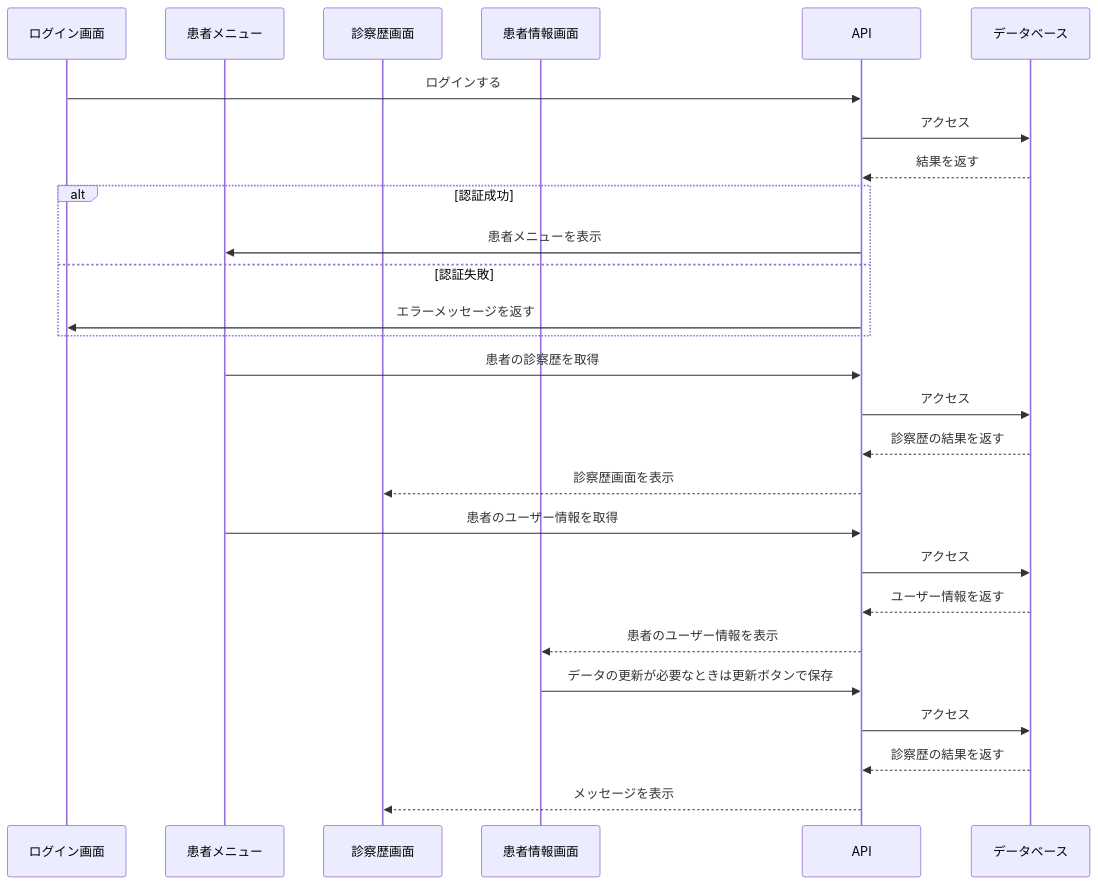
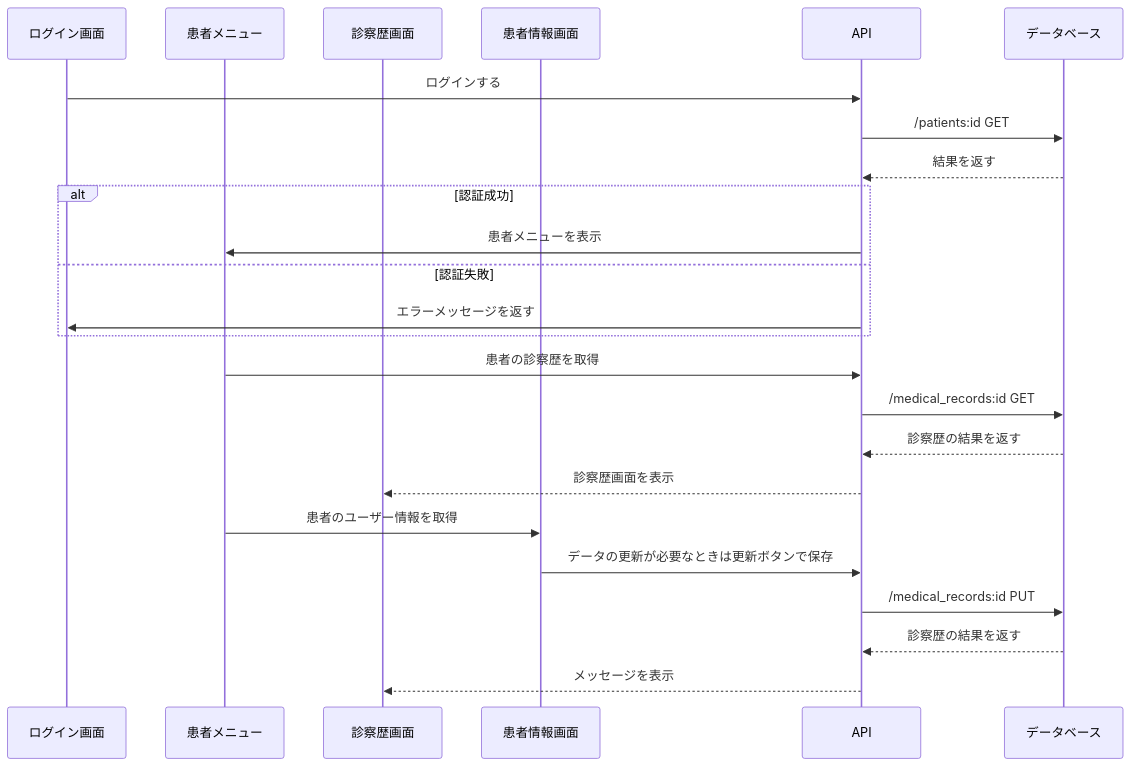
The diagram in SequenceDiagram/patient.md (kubo-work/PortfolioSystemDesign), drawn with Mermaid before and after one commit. The commit also changed 1 other file, not shown here.

Commit message:
シーケンス図　APIのことまで記載

````diff
--- a/SequenceDiagram/patient.md
+++ b/SequenceDiagram/patient.md
@@ -4,35 +4,32 @@
 ```mermaid
 ---
 title:フロント画面の導線
 ---
 sequenceDiagram
     participant ログイン画面
     participant 患者メニュー
     participant 診察歴画面
     participant 患者情報画面
     participant API
     participant データベース
     ログイン画面->>API:ログインする
-    API->>データベース:アクセス
+    API->>データベース:/patients:id GET
     データベース-->>API:結果を返す
 
      alt 認証成功
         API->>患者メニュー:患者メニューを表示
     else 認証失敗
         API->>ログイン画面:エラーメッセージを返す
     end
 
     患者メニュー->>API:患者の診察歴を取得
-    API->>データベース:アクセス
+    API->>データベース:/medical_records:id GET
     データベース-->>API:診察歴の結果を返す
     API-->>診察歴画面:診察歴画面を表示
 
-    患者メニュー->>API:患者のユーザー情報を取得
-    API->>データベース:アクセス
-    データベース-->>API:ユーザー情報を返す
-    API-->>患者情報画面:患者のユーザー情報を表示
+    患者メニュー->>患者情報画面:患者のユーザー情報を取得
     患者情報画面->>API:データの更新が必要なときは更新ボタンで保存
-    API->>データベース:アクセス
+    API->>データベース:/medical_records:id PUT
     データベース-->>API:診察歴の結果を返す
     API-->>診察歴画面:メッセージを表示
 ```
````
